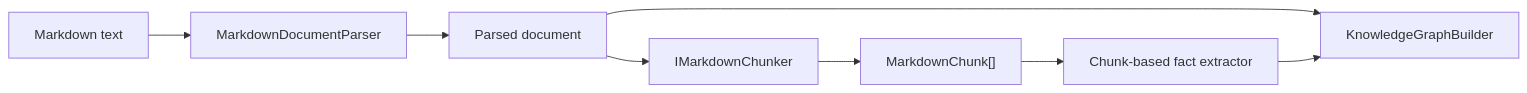
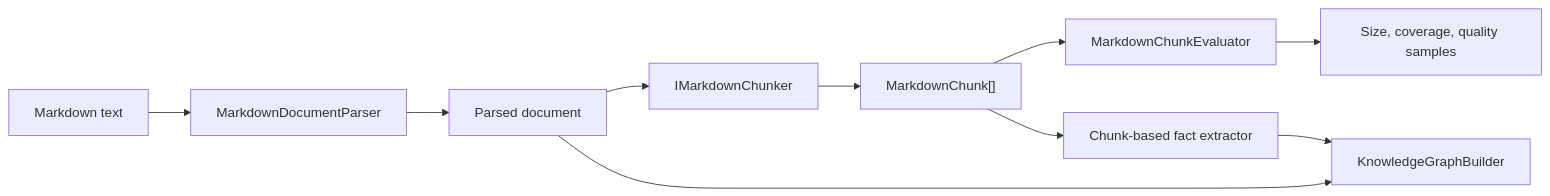
Before and after one commit to managedcode/markdown-ld-kb: the fourth of 10 diagrams in docs/Architecture.md, drawn with Mermaid. The commit also changed other lines of this file and 84 other files, not shown here.

Commit message:
Add cited answering and benchmarked graph search

````diff
--- a/docs/Architecture.md
+++ b/docs/Architecture.md
@@ -205,10 +249,12 @@
 ```mermaid
 flowchart LR
     Markdown["Markdown text"] --> Parser["MarkdownDocumentParser"]
     Parser --> Parsed["Parsed document"]
     Parsed --> Chunker["IMarkdownChunker"]
     Chunker --> Chunks["MarkdownChunk[]"]
+    Chunks --> Evaluation["MarkdownChunkEvaluator"]
     Chunks --> Extractor["Chunk-based fact extractor"]
     Parsed --> Builder["KnowledgeGraphBuilder"]
     Extractor --> Builder
+    Evaluation --> Metrics["Size, coverage, quality samples"]
 ```
````
